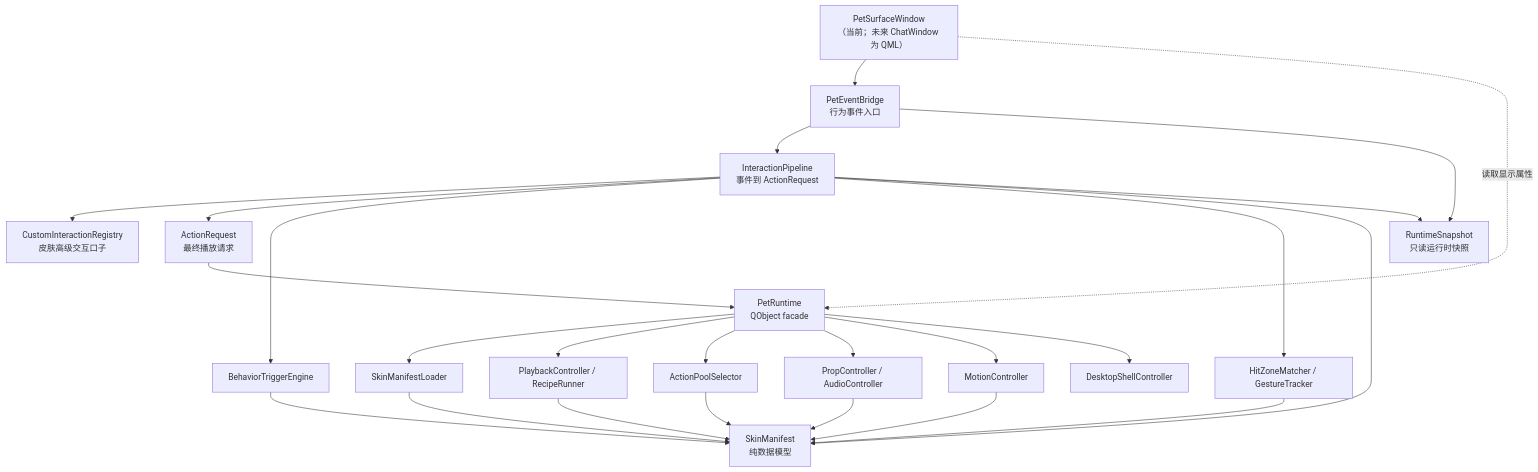
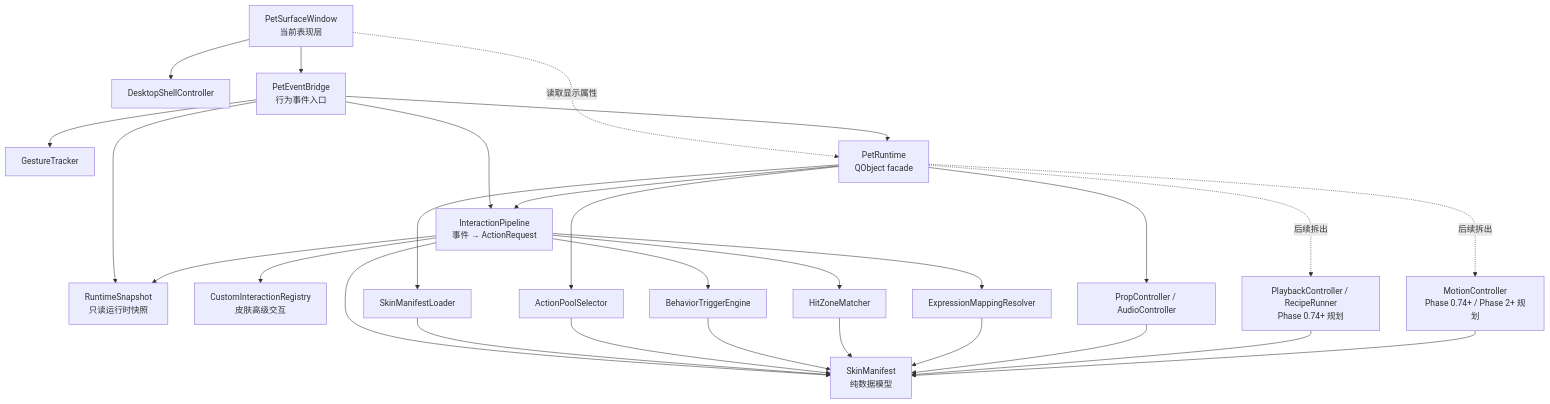
Before and after one commit to tiantian180/MilesEdgeworth: the first of 6 diagrams in docs/v2/设计方案/桌宠运行时职责拆分设计.md, drawn with Mermaid. The commit also changed other lines of this file and 2 other files, not shown here.

Commit message:
docs(architecture): refine phase one follow-up plans

````diff
--- a/docs/v2/设计方案/桌宠运行时职责拆分设计.md
+++ b/docs/v2/设计方案/桌宠运行时职责拆分设计.md
@@ -112,44 +114,54 @@
 ```mermaid
 flowchart TD
-    QML["PetSurfaceWindow<br/>（当前；未来 ChatWindow 为 QML）"]
+    Shell["DesktopShellController"]
+    Surface["PetSurfaceWindow<br/>当前表现层"]
+    Gesture["GestureTracker"]
     Bridge["PetEventBridge<br/>行为事件入口"]
-    Pipeline["InteractionPipeline<br/>事件到 ActionRequest"]
-    Custom["CustomInteractionRegistry<br/>皮肤高级交互口子"]
-    Request["ActionRequest<br/>最终播放请求"]
     Snapshot["RuntimeSnapshot<br/>只读运行时快照"]
+
+    Pipeline["InteractionPipeline<br/>事件 → ActionRequest"]
+    Custom["CustomInteractionRegistry<br/>皮肤高级交互"]
+    Expression["ExpressionMappingResolver"]
+    Behavior["BehaviorTriggerEngine"]
+    Hit["HitZoneMatcher"]
+
     Runtime["PetRuntime<br/>QObject facade"]
+    Loader["SkinManifestLoader"]
+    Selection["ActionPoolSelector"]
+    Effects["PropController / AudioController"]
+    Playback["PlaybackController / RecipeRunner<br/>Phase 0.74+ 规划"]
+    Motion["MotionController<br/>Phase 0.74+ / Phase 2+ 规划"]
     Manifest["SkinManifest<br/>纯数据模型"]
-    Loader["SkinManifestLoader"]
-    Playback["PlaybackController / RecipeRunner"]
-    Selection["ActionPoolSelector"]
-    Behavior["BehaviorTriggerEngine"]
-    Interaction["HitZoneMatcher / GestureTracker"]
-    Effects["PropController / AudioController"]
-    Motion["MotionController"]
-    Shell["DesktopShellController"]
 
-    QML --> Bridge
-    QML -.读取显示属性.-> Runtime
+    Surface -. 读取显示属性 .-> Runtime
+    Surface --> Bridge
+    Surface --> Shell
+
+    Bridge --> Gesture
     Bridge --> Pipeline
     Bridge --> Snapshot
+    Bridge --> Runtime
+
     Pipeline --> Custom
-    Pipeline --> Request
-    Request --> Runtime
-    Runtime --> Loader
-    Loader --> Manifest
-    Runtime --> Playback
-    Runtime --> Selection
+    Pipeline --> Expression
     Pipeline --> Behavior
-    Pipeline --> Interaction
+    Pipeline --> Hit
     Pipeline --> Manifest
     Pipeline --> Snapshot
+
+    Runtime --> Pipeline
+    Runtime --> Loader
+    Runtime --> Selection
     Runtime --> Effects
-    Runtime --> Motion
-    Playback --> Manifest
+    Runtime -. 后续拆出 .-> Playback
+    Runtime -. 后续拆出 .-> Motion
+
+    Loader --> Manifest
     Selection --> Manifest
     Behavior --> Manifest
-    Interaction --> Manifest
+    Hit --> Manifest
+    Expression --> Manifest
     Effects --> Manifest
+    Playback --> Manifest
     Motion --> Manifest
-    Runtime --> Shell
 ```
````
